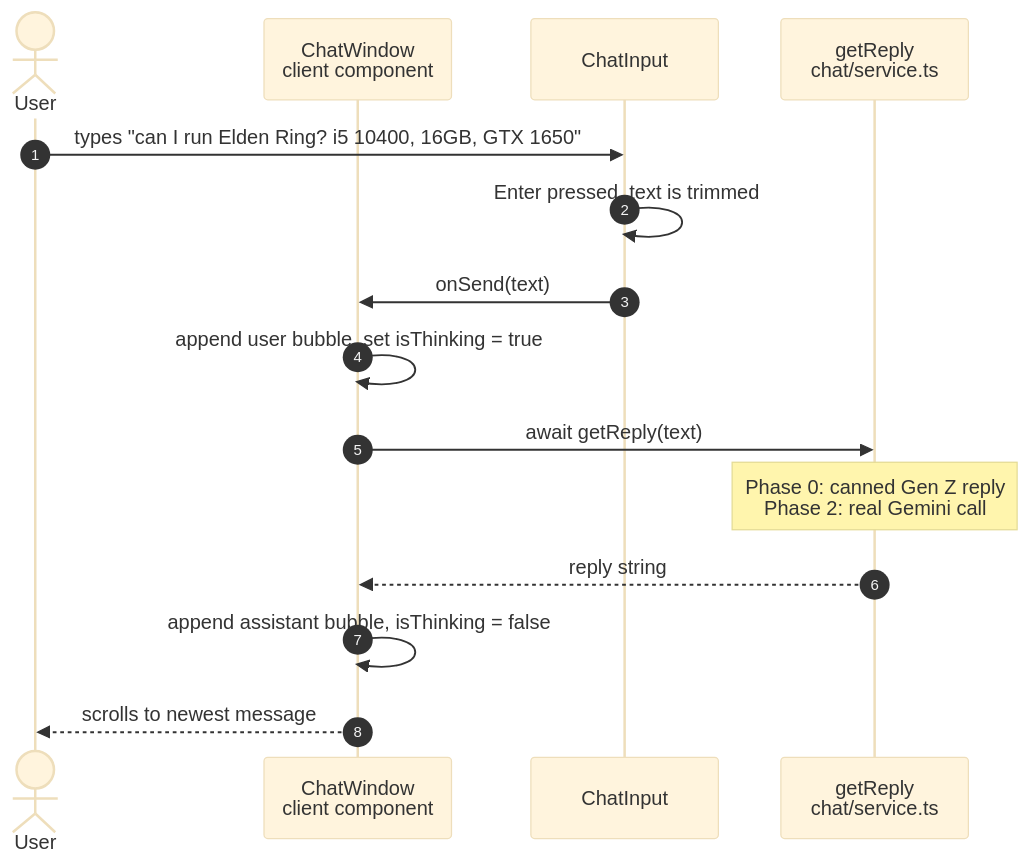
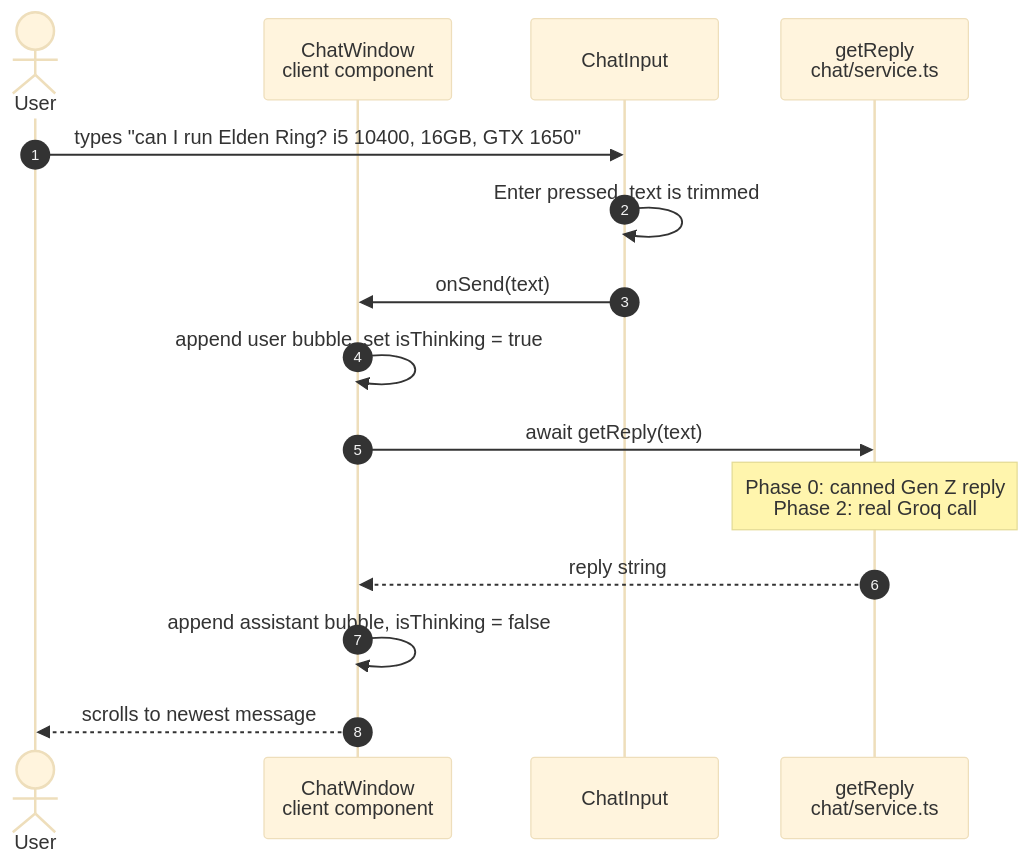
The third of 10 diagrams in docs/WORKFLOW.md (21sumeet/GameRizz), drawn with Mermaid (base theme) before and after one commit. The commit also changed other lines of this file and 5 other files, not shown here.

````diff
--- a/docs/WORKFLOW.md
+++ b/docs/WORKFLOW.md
@@ -134,18 +134,18 @@
 ```mermaid
 sequenceDiagram
     autonumber
     actor U as User
     participant W as ChatWindow<br/>client component
     participant I as ChatInput
         participant S as getReply<br/>chat/service.ts
 
     U->>I: types "can I run Elden Ring? i5 10400, 16GB, GTX 1650"
     I->>I: Enter pressed, text is trimmed
     I->>W: onSend(text)
     W->>W: append user bubble, set isThinking = true
     W->>S: await getReply(text)
-    Note over S: Phase 0: canned Gen Z reply<br/>Phase 2: real Gemini call
+    Note over S: Phase 0: canned Gen Z reply<br/>Phase 2: real Groq call
     S-->>W: reply string
     W->>W: append assistant bubble, isThinking = false
     W-->>U: scrolls to newest message
 ```
````
